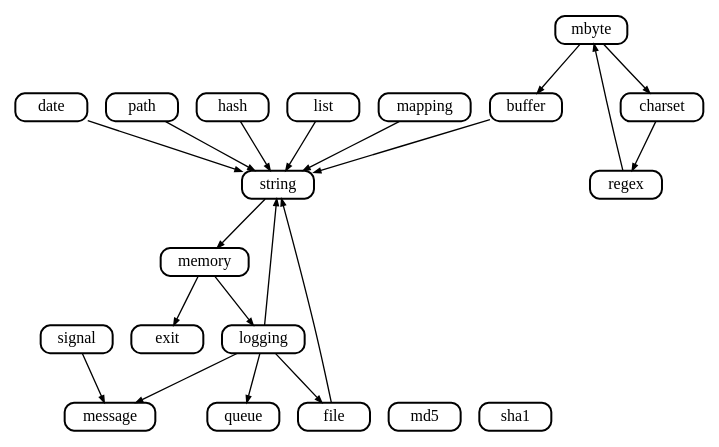
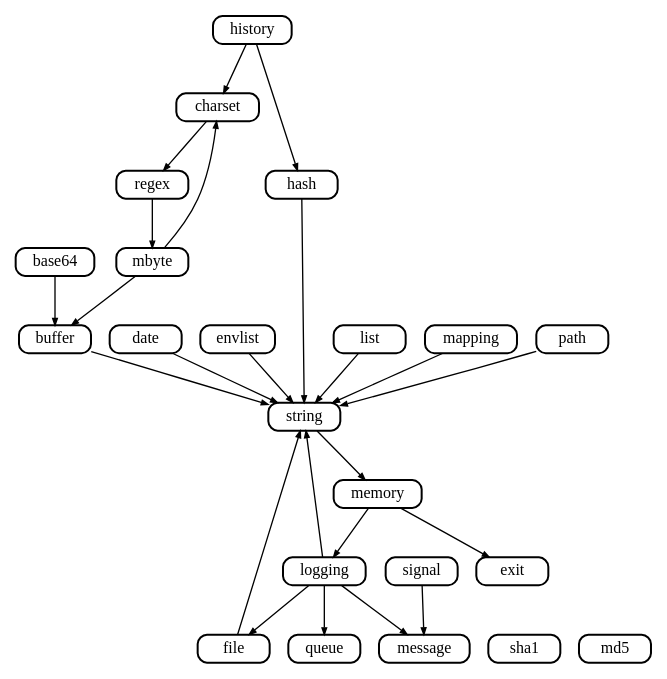
Before and after one commit to neomutt/gfx: the diagram in arch/libmutt.gv, drawn with Graphviz. The commit also changed other lines of this file and 3 other files, not shown here.

Commit message:
update library diagrams

```diff
--- a/arch/libmutt.gv
+++ b/arch/libmutt.gv
@@ -1,46 +1,48 @@
-digraph m2
+digraph libmutt
 {
-        graph [
-                rankdir="TB"
-                nodesep="0.2"
-                ranksep="0.5"
-        ]
+	graph [
+		rankdir="TB"
+		nodesep="0.2"
+		ranksep="0.5"
+	]
 
-        node [
-                shape="Mrecord"
-                fontsize="12"
-                style="solid"
-                height="0.2"
-                penwidth="1.5"
+	node [
+		shape="Mrecord"
+		fontsize="12"
+		style="solid"
+		height="0.2"
+		penwidth="1.5"
 		color=black
-        ]
+	]
 
-        edge [
-                penwidth="1.0"
-                arrowsize="0.5"
-        ]
+	edge [
+		penwidth="1.0"
+		arrowsize="0.5"
+	]
 
-	buffer    -> string
-	charset   -> regex
-	date      -> string
-	path      -> string
-	file      -> string
-	hash      -> string
-	list      -> string
-	logging   -> file
-	logging   -> message
-	logging   -> queue
-	logging   -> string
-	mapping   -> string
-	mbyte     -> buffer
-	mbyte     -> charset
-	md5
-	memory    -> exit
-	memory    -> logging
-	regex     -> mbyte
-	sha1
-	signal    -> message
-	string    -> memory
+	base64  -> buffer
+	buffer  -> string
+	charset -> regex
+	date    -> string
+	envlist -> string
+	file    -> string
+	hash    -> string
+	history -> charset
+	history -> hash
+	list    -> string
+	logging -> file
+	logging -> message
+	logging -> queue
+	logging -> string
+	mapping -> string
+	mbyte   -> buffer
+	mbyte   -> charset
+	memory  -> exit
+	memory  -> logging
+	path    -> string
+	regex   -> mbyte
+	signal  -> message
+	string  -> memory
 
 	{ rank=same file message queue sha1 md5 }
 }
```
